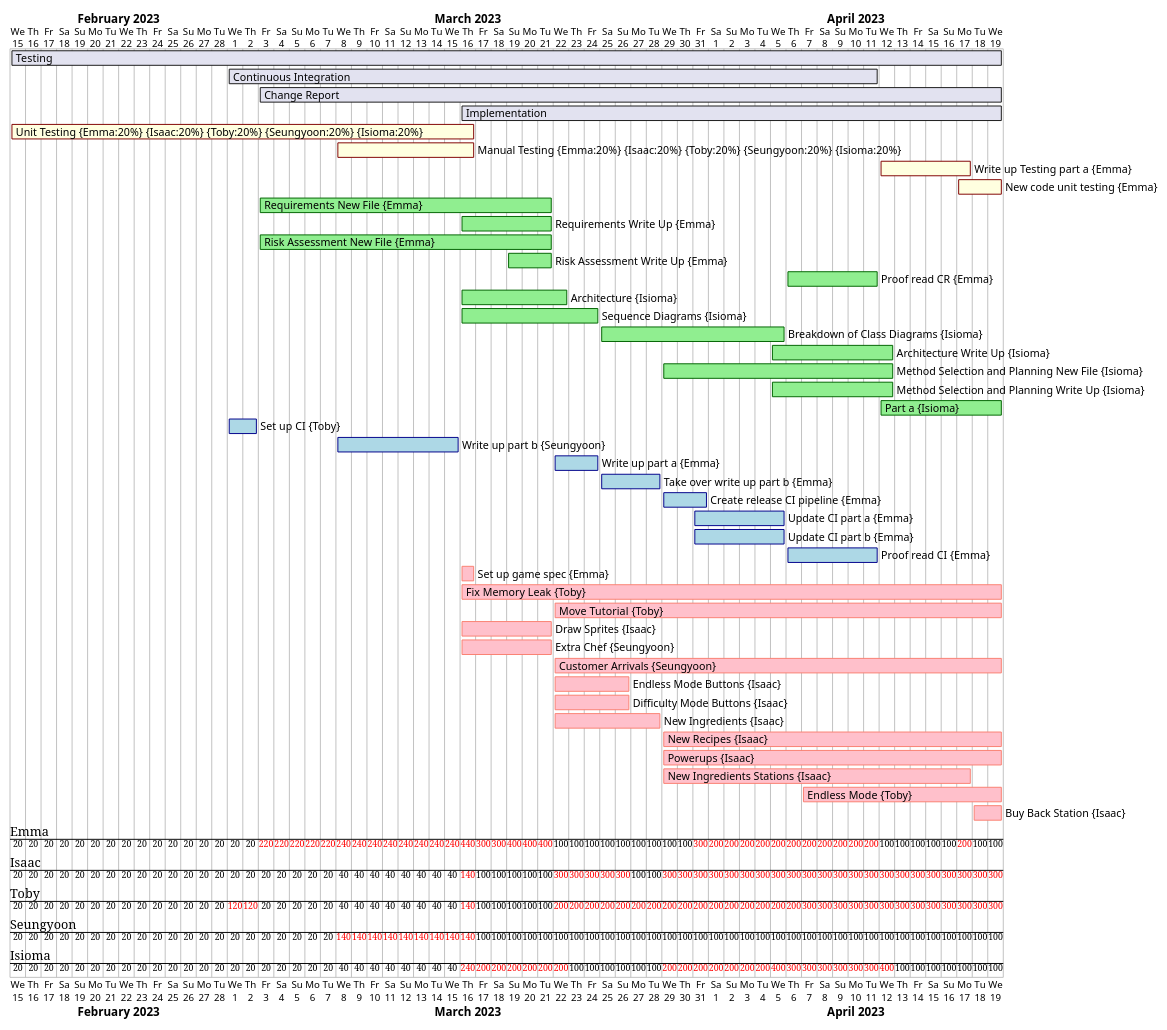
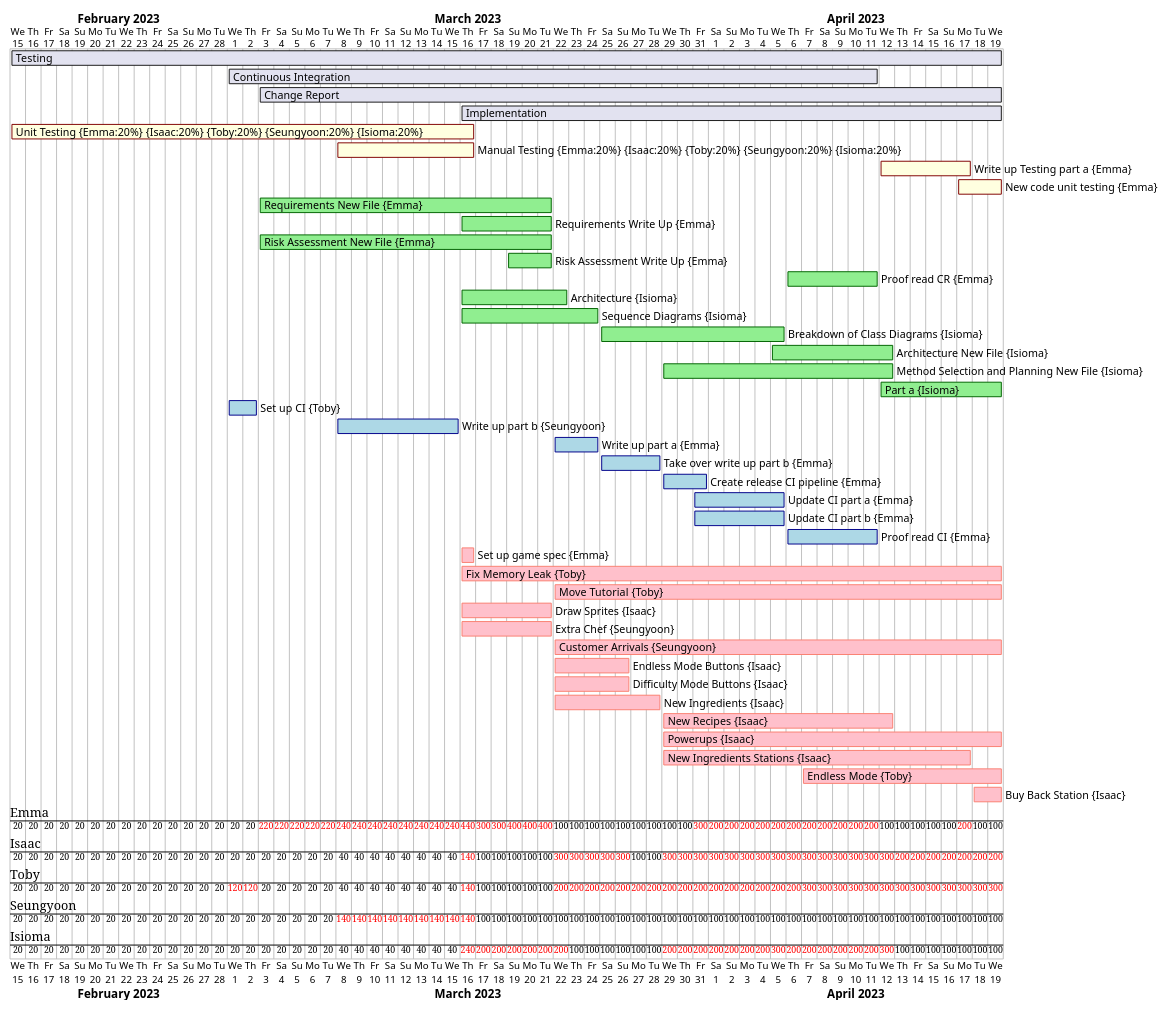
The diagram in gantts/Week9.puml (AsimovENG1/project_eng1_team3), drawn with PlantUML before and after one commit. The commit also changed 3 other files, not shown here.

Commit message:
Changing gantt charts to meet work

```diff
--- a/gantts/Week9.puml
+++ b/gantts/Week9.puml
@@ -1,55 +1,55 @@
 @startgantt
 
  Project starts 2023-02-15
 
  [Testing] starts 2023-02-15
  [Testing] lasts 64 days
  [Continuous Integration] starts 2023-03-01
  [Continuous Integration] lasts 42 days
  [Change Report] starts 2023-03-03
  [Change Report] lasts 48 days
  [Implementation] starts 2023-03-16
  [Implementation] lasts 35 days
 
  [Unit Testing] on {Emma:20%} {Isaac:20%} {Toby:20%} {Seungyoon:20%} {Isioma:20%} starts 2023-02-15 and ends 2023-03-16 and is colored in LightYellow/Maroon
  [Manual Testing] on {Emma:20%} {Isaac:20%} {Toby:20%} {Seungyoon:20%} {Isioma:20%} starts 2023-03-08 and ends 2023-03-16 and is colored in LightYellow/Maroon
  [Write up Testing part a] on {Emma:100%} starts 2023-04-12 and ends 2023-04-17  and is colored in LightYellow/Maroon
  [New code unit testing] on {Emma:100%} starts 2023-04-17 and ends 2023-04-19  and is colored in LightYellow/Maroon
 
  [Requirements New File] on {Emma:100%} starts 2023-03-03 and ends 2023-03-21 and is colored in LightGreen/DarkGreen
  [Requirements Write Up] on {Emma:100%} starts 2023-03-16 and ends 2023-03-21 and is colored in LightGreen/DarkGreen
  [Risk Assessment New File] on {Emma:100%} starts 2023-03-03 and ends 2023-03-21 and is colored in LightGreen/DarkGreen
  [Risk Assessment Write Up] on {Emma:100%} starts 2023-03-19 and ends 2023-03-21 and is colored in LightGreen/DarkGreen
  [Proof read CR] on {Emma:100%} starts 2023-04-06 and ends 2023-04-11 and is colored in LightGreen/DarkGreen
  [Architecture] on {Isioma:100%} starts 2023-03-16 and ends 2023-03-22 and is colored in LightGreen/DarkGreen
  [Sequence Diagrams] on {Isioma:100%} starts 2023-03-16 and ends 2023-03-24 and is colored in LightGreen/DarkGreen
  [Breakdown of Class Diagrams] on {Isioma:100%} starts 2023-03-25 and ends 2023-04-05 and is colored in LightGreen/DarkGreen
- [Architecture Write Up] on {Isioma:100%} starts 2023-04-05 and ends 2023-04-12 and is colored in LightGreen/DarkGreen
+ [Architecture New File] on {Isioma:100%} starts 2023-04-05 and ends 2023-04-12 and is colored in LightGreen/DarkGreen
  [Method Selection and Planning New File] on {Isioma:100%} starts 2023-03-29 and ends 2023-04-12 and is colored in LightGreen/DarkGreen
- [Method Selection and Planning Write Up] on {Isioma:100%} starts 2023-04-05 and ends 2023-04-12 and is colored in LightGreen/DarkGreen
+
  [Part a] on {Isioma:100%} starts 2023-04-12 and ends 2023-04-19 and is colored in LightGreen/DarkGreen
 
  [Set up CI] on {Toby:100%} starts 2023-03-01 and ends 2023-03-02 and is colored in LightBlue/DarkBlue
  [Write up part b] on {Seungyoon:100%} starts 2023-03-08 and ends 2023-03-15 and is colored in LightBlue/DarkBlue
  [Write up part a] on {Emma:100%} starts 2023-03-22 and ends 2023-03-24 and is colored in LightBlue/DarkBlue
  [Take over write up part b] on {Emma:100%} starts 2023-03-25 and ends 2023-03-28 and is colored in LightBlue/DarkBlue
  [Create release CI pipeline] on {Emma:100%} starts 2023-03-29 and ends 2023-03-31 and is colored in LightBlue/DarkBlue
  [Update CI part a] on {Emma:100%} starts 2023-03-31 and ends 2023-04-05 and is colored in LightBlue/DarkBlue
  [Update CI part b] on {Emma:100%} starts 2023-03-31 and ends 2023-04-05 and is colored in LightBlue/DarkBlue
  [Proof read CI] on {Emma:100%} starts 2023-04-06 and ends 2023-04-11 and is colored in LightBlue/DarkBlue
 
  [Set up game spec] on {Emma:100%} starts 2023-03-16 and ends 2023-03-16 and is colored in Pink/Salmon
  [Fix Memory Leak] on {Toby:100%} starts 2023-03-16 and ends 2023-04-19 and is colored in Pink/Salmon
  [Move Tutorial] on {Toby:100%} starts 2023-03-22 and ends 2023-04-19 and is colored in Pink/Salmon
  [Draw Sprites] on {Isaac:100%} starts 2023-03-16 and ends 2023-03-21 and is colored in Pink/Salmon
  [Extra Chef] on {Seungyoon:100%} starts 2023-03-16 and ends 2023-03-21 and is colored in Pink/Salmon
  [Customer Arrivals] on {Seungyoon:100%} starts 2023-03-22 and ends 2023-04-19 and is colored in Pink/Salmon
  [Endless Mode Buttons] on {Isaac:100%} starts 2023-03-22 and ends 2023-03-26 and is colored in Pink/Salmon
  [Difficulty Mode Buttons] on {Isaac:100%} starts 2023-03-22 and ends 2023-03-26 and is colored in Pink/Salmon
  [New Ingredients] on {Isaac:100%} starts 2023-03-22 and ends 2023-03-28 and is colored in Pink/Salmon
- [New Recipes] on {Isaac:100%} starts 2023-03-29 and ends 2023-04-19 and is colored in Pink/Salmon
+ [New Recipes] on {Isaac:100%} starts 2023-03-29 and ends 2023-04-12 and is colored in Pink/Salmon
  [Powerups] on {Isaac:100%} starts 2023-03-29 and ends 2023-04-19 and is colored in Pink/Salmon
  [New Ingredients Stations] on {Isaac:100%} starts 2023-03-29 and ends 2023-04-17 and is colored in Pink/Salmon
  [Endless Mode] on {Toby:100%} starts 2023-04-07 and ends 2023-04-19 and is colored in Pink/Salmon
  [Buy Back Station] on {Isaac:100%} starts 2023-04-18 and ends 2023-04-19 and is colored in Pink/Salmon
  @endgantt
```
